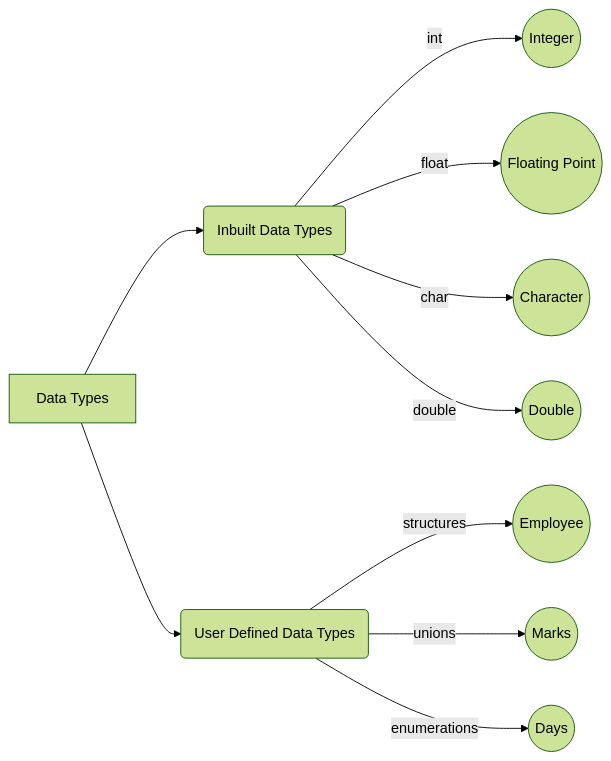
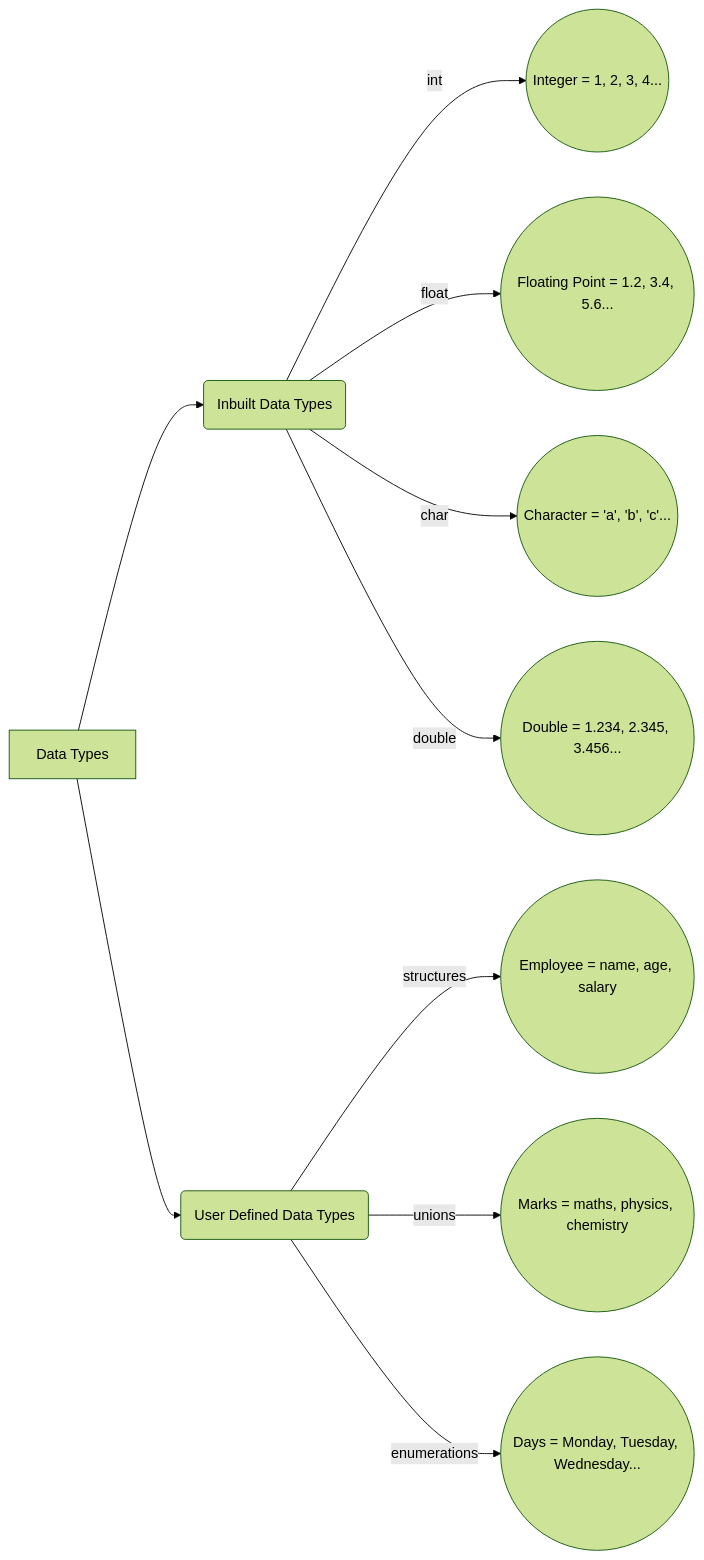
The diagram in Data_Structures.md (dog-broad/CRT), drawn with Mermaid (forest theme) before and after one commit. The commit also changed other lines of this file, not shown here.

Commit message:
Jul 6, 2023, 9:46 AM

````diff
--- a/Data_Structures.md
+++ b/Data_Structures.md
@@ -9,12 +9,12 @@
 ```mermaid  
 graph LR
 A[Data Types] --> B(Inbuilt Data Types)
 A --> C(User Defined Data Types)
-B -->|int| D((Integer))
-B -->|float| E((Floating Point))
-B -->|char| F((Character))
-B -->|double| G((Double))
-C -->|structures| H((Employee))
-C -->|unions| I((Marks))
-C -->|enumerations| J((Days))
+B -->|int| D((Integer = 1, 2, 3, 4...))
+B -->|float| E((Floating Point = 1.2, 3.4, 5.6...))
+B -->|char| F((Character = 'a', 'b', 'c'...))
+B -->|double| G((Double = 1.234, 2.345, 3.456...))
+C -->|structures| H((Employee = name, age, salary))
+C -->|unions| I((Marks = maths, physics, chemistry))
+C -->|enumerations| J((Days = Monday, Tuesday, Wednesday...))
 ```
````
